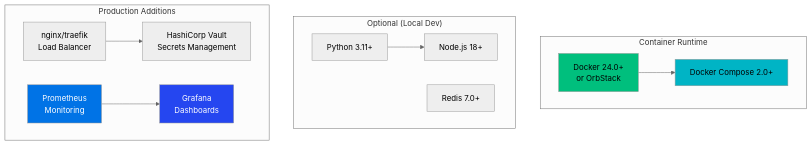
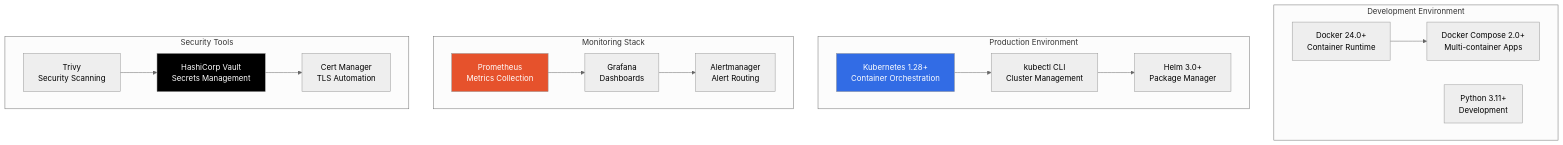
The first of 8 diagrams in docs/DEPLOYMENT_GUIDE.md (elementalcollision/GraphMemory-IDE), drawn with Mermaid (neutral theme) before and after one commit. The commit also changed other lines of this file and 90 other files, not shown here.

````diff
--- a/docs/DEPLOYMENT_GUIDE.md
+++ b/docs/DEPLOYMENT_GUIDE.md
@@ -33,30 +33,40 @@
 ```mermaid
-graph TB
-    subgraph "Container Runtime"
-        DOCKER[Docker 24.0+<br/>or OrbStack]
-        COMPOSE[Docker Compose 2.0+]
+flowchart TB
+    subgraph "Development Environment"
+        DOCKER[Docker 24.0+<br/>Container Runtime]
+        COMPOSE[Docker Compose 2.0+<br/>Multi-container Apps]
+        PYTHON[Python 3.11+<br/>Development]
     end
     
-    subgraph "Optional (Local Dev)"
-        PYTHON[Python 3.11+]
-        NODE[Node.js 18+]
-        REDIS[Redis 7.0+]
+    subgraph "Production Environment"
+        KUBERNETES[Kubernetes 1.28+<br/>Container Orchestration]
+        KUBECTL[kubectl CLI<br/>Cluster Management]
+        HELM[Helm 3.0+<br/>Package Manager]
     end
     
-    subgraph "Production Additions"
-        NGINX[nginx/traefik<br/>Load Balancer]
+    subgraph "Monitoring Stack"
+        PROMETHEUS[Prometheus<br/>Metrics Collection]
+        GRAFANA[Grafana<br/>Dashboards]
+        ALERTMANAGER[Alertmanager<br/>Alert Routing]
+    end
+    
+    subgraph "Security Tools"
+        TRIVY[Trivy<br/>Security Scanning]
         VAULT[HashiCorp Vault<br/>Secrets Management]
-        PROMETHEUS[Prometheus<br/>Monitoring]
-        GRAFANA[Grafana<br/>Dashboards]
+        CERT_MANAGER[Cert Manager<br/>TLS Automation]
     end
     
     DOCKER --> COMPOSE
-    PYTHON --> NODE
-    NGINX --> VAULT
+    KUBERNETES --> KUBECTL
+    KUBECTL --> HELM
+    
     PROMETHEUS --> GRAFANA
+    GRAFANA --> ALERTMANAGER
     
-    style DOCKER fill:#00bf7d,color:#000000
-    style COMPOSE fill:#00b4c5,color:#000000
-    style PROMETHEUS fill:#0073e6,color:#ffffff
-    style GRAFANA fill:#2546f0,color:#ffffff
+    TRIVY --> VAULT
+    VAULT --> CERT_MANAGER
+    
+    style KUBERNETES fill:#326ce5,color:#fff
+    style PROMETHEUS fill:#e6522c,color:#fff
+    style VAULT fill:#000000,color:#fff
 ```
````
